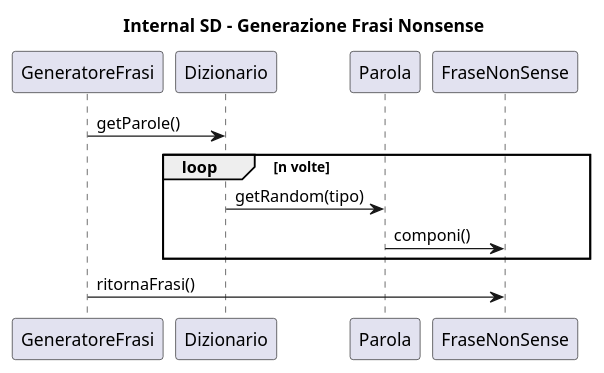
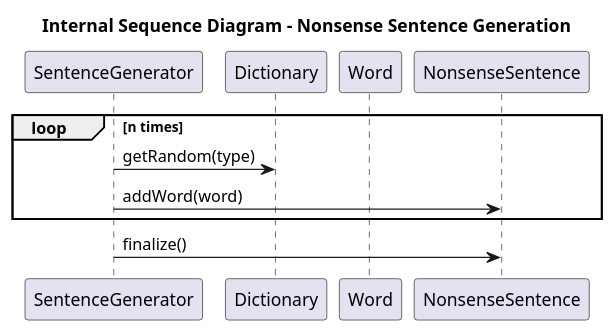
Before and after one commit to TognonGiac/nonsensegenerator: the third of 5 diagrams in docs/resources/Sequence_Diagrams.md, drawn with PlantUML.

````diff
--- a/docs/resources/Sequence_Diagrams.md
+++ b/docs/resources/Sequence_Diagrams.md
@@ -68,17 +68,16 @@
 ```plantuml
 @startuml
-title Internal SD – Generazione Frasi Nonsense
+title Internal Sequence Diagram – Nonsense Sentence Generation
 
-participant GeneratoreFrasi
-participant Dizionario
-participant Parola
-participant FraseNonSense
+participant SentenceGenerator
+participant Dictionary
+participant Word
+participant NonsenseSentence
 
-GeneratoreFrasi -> Dizionario : getParole()
-loop n volte
-  Dizionario -> Parola : getRandom(tipo)
-  Parola -> FraseNonSense : componi()
+loop n times
+  SentenceGenerator -> Dictionary : getRandom(type)
+  SentenceGenerator -> NonsenseSentence : addWord(word)
 end
-GeneratoreFrasi -> FraseNonSense : ritornaFrasi()
+SentenceGenerator -> NonsenseSentence : finalize()
 @enduml
 ```
````
